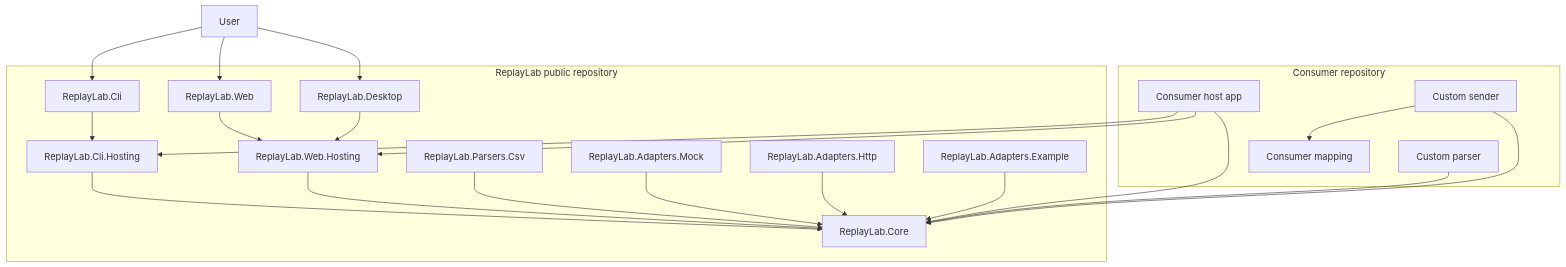
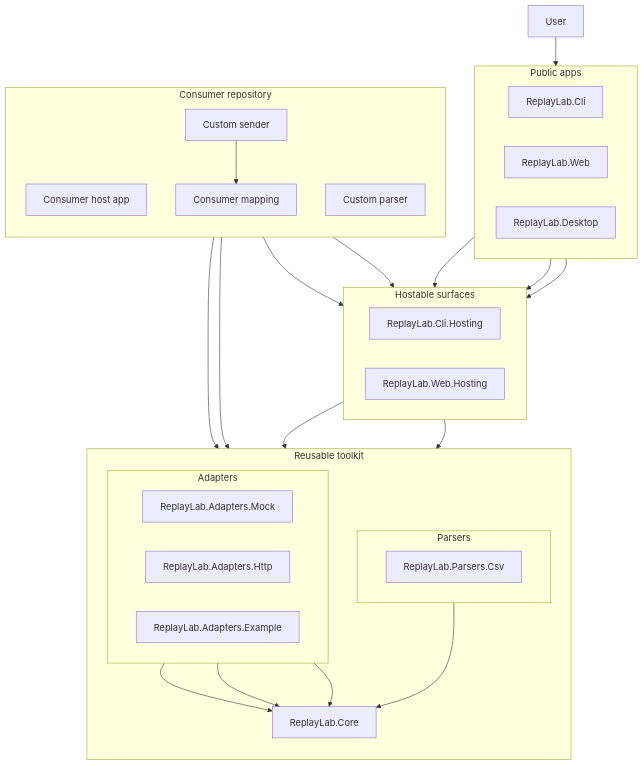
Before and after one commit to Winz79/replaylab: the second of 6 diagrams in docs/architecture.md, drawn with Mermaid.

Commit message:
docs: improve C2 container diagram layout

````diff
--- a/docs/architecture.md
+++ b/docs/architecture.md
@@ -27,46 +27,61 @@
 ```mermaid
 flowchart TB
     User[User]
 
-    subgraph PublicRepo[ReplayLab public repository]
+    subgraph Apps[Public apps]
+        direction LR
         CLI[ReplayLab.Cli]
         Web[ReplayLab.Web]
         Desktop[ReplayLab.Desktop]
+    end
+
+    subgraph Hosting[Hostable surfaces]
+        direction LR
         CliHosting[ReplayLab.Cli.Hosting]
         WebHosting[ReplayLab.Web.Hosting]
-        Core[ReplayLab.Core]
-        Csv[ReplayLab.Parsers.Csv]
-        Mock[ReplayLab.Adapters.Mock]
-        Http[ReplayLab.Adapters.Http]
-        Example[ReplayLab.Adapters.Example]
     end
 
-    subgraph ConsumerRepo[Consumer repository]
+    subgraph Toolkit[Reusable toolkit]
+        direction TB
+        Core[ReplayLab.Core]
+
+        subgraph Inputs[Parsers]
+            direction LR
+            Csv[ReplayLab.Parsers.Csv]
+        end
+
+        subgraph Outputs[Adapters]
+            direction LR
+            Mock[ReplayLab.Adapters.Mock]
+            Http[ReplayLab.Adapters.Http]
+            Example[ReplayLab.Adapters.Example]
+        end
+    end
+
+    subgraph Consumer[Consumer repository]
+        direction TB
         ConsumerHost[Consumer host app]
         CustomParser[Custom parser]
         CustomSender[Custom sender]
         Mapping[Consumer mapping]
     end
 
-    User --> CLI
-    User --> Web
-    User --> Desktop
+    User --> Apps
 
     CLI --> CliHosting
     Web --> WebHosting
     Desktop --> WebHosting
 
     CliHosting --> Core
     WebHosting --> Core
     Csv --> Core
     Mock --> Core
     Http --> Core
     Example --> Core
 
     ConsumerHost --> CliHosting
     ConsumerHost --> WebHosting
-    ConsumerHost --> Core
     CustomParser --> Core
     CustomSender --> Core
     CustomSender --> Mapping
 ```
````
